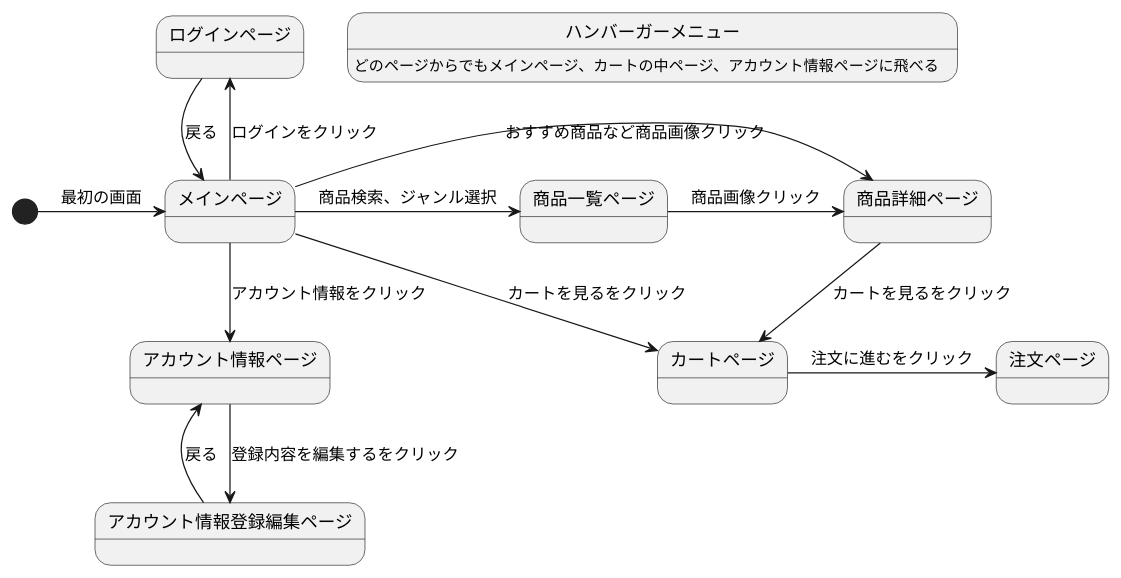
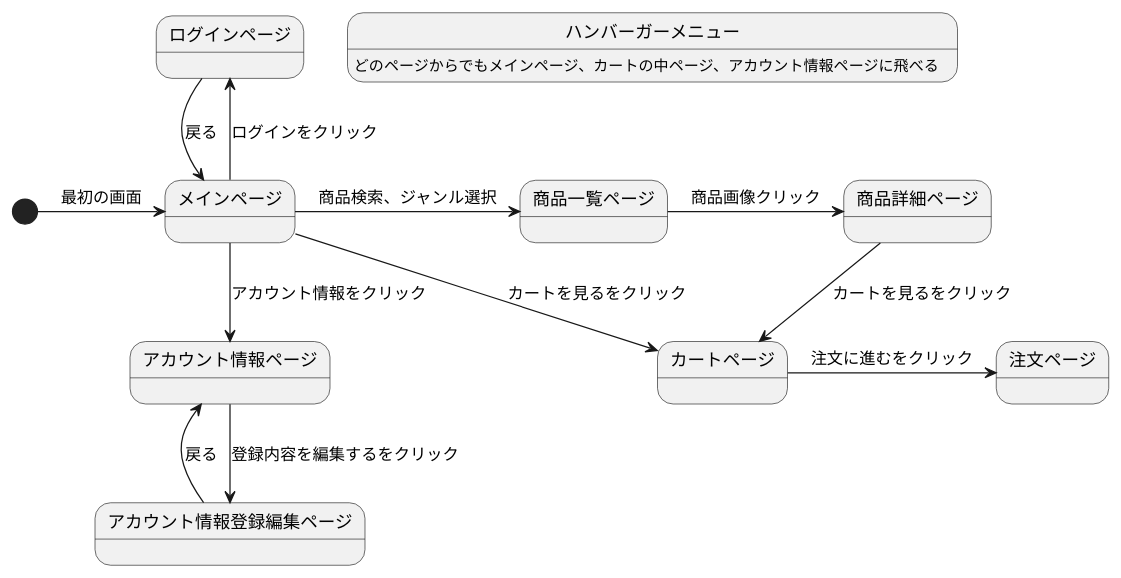
Before and after one commit to Aso2001385/2021sys-design: the diagram in orcashop/StateMachine.md, drawn with PlantUML.

````diff
--- a/orcashop/StateMachine.md
+++ b/orcashop/StateMachine.md
@@ -1,20 +1,19 @@
 ```uml
 @startuml
 
 [*] -> メインページ: 最初の画面
 メインページ -> 商品一覧ページ: 商品検索、ジャンル選択
-メインページ -> 商品詳細ページ: おすすめ商品など商品画像クリック
 商品一覧ページ -> 商品詳細ページ: 商品画像クリック
 商品詳細ページ -down-> カートページ: カートを見るをクリック
 カートページ -> 注文ページ: 注文に進むをクリック
 メインページ -down-> アカウント情報ページ: アカウント情報をクリック
 メインページ -> カートページ: カートを見るをクリック
 アカウント情報ページ -down-> アカウント情報登録編集ページ: 登録内容を編集するをクリック
 アカウント情報登録編集ページ -left-> アカウント情報ページ: 戻る
 メインページ -up-> ログインページ: ログインをクリック
 ログインページ -> メインページ: 戻る
 
 ハンバーガーメニュー:どのページからでもメインページ、カートの中ページ、アカウント情報ページに飛べる
 
 @enduml
 ```
````
